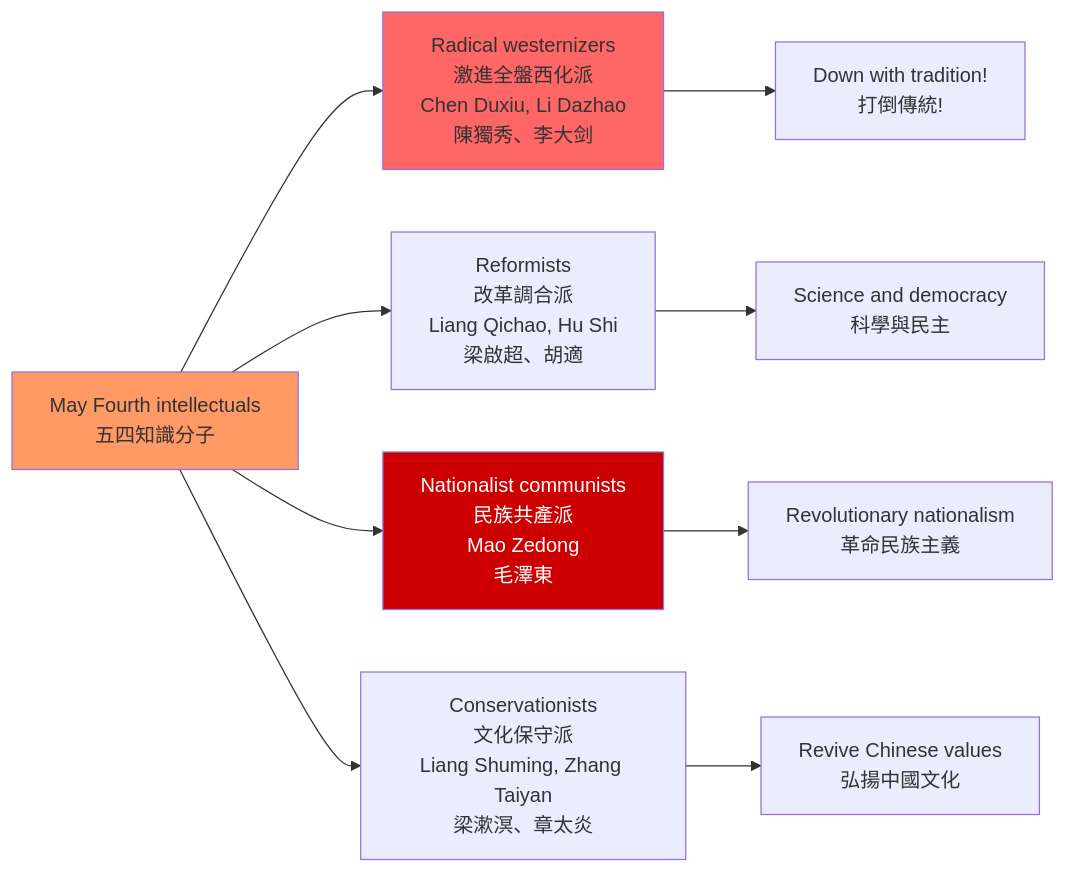
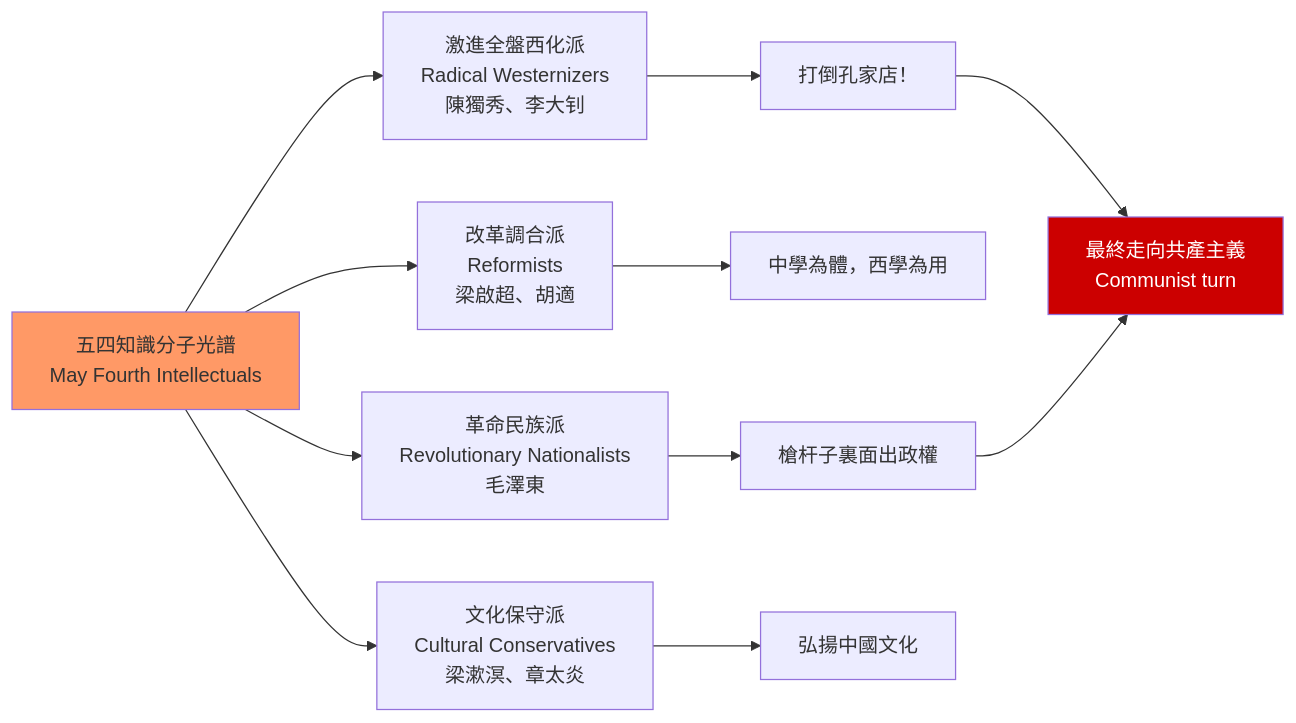
One commit to yip-lgtm/HKU-Harvard-History-Self-Study changed the first of 5 diagrams in 01_HKU_Courses/HIST2068_Intellectual_History_Twentieth_Century_China.md. Above: the diagram before and after it, drawn with Mermaid. The commit also changed other lines of this file and 22 other files, not shown here.

````diff
--- a/01_HKU_Courses/HIST2068_Intellectual_History_Twentieth_Century_China.md
+++ b/01_HKU_Courses/HIST2068_Intellectual_History_Twentieth_Century_China.md
@@ -71,16 +330,18 @@
 ```mermaid
 graph LR
-    A[May Fourth intellectuals<br/>五四知識分子] --> B[Radical westernizers<br/>激進全盤西化派<br/>Chen Duxiu, Li Dazhao<br/>陳獨秀、李大剑]
-    A --> C[Reformists<br/>改革調合派<br/>Liang Qichao, Hu Shi<br/>梁啟超、胡適]
-    A --> D[Nationalist communists<br/>民族共產派<br/>Mao Zedong<br/>毛澤東]
-    A --> E[Conservationists<br/>文化保守派<br/>Liang Shuming, Zhang Taiyan<br/>梁漱溟、章太炎]
+    A[五四知識分子光譜<br/>May Fourth Intellectuals] --> B[激進全盤西化派<br/>Radical Westernizers<br/>陳獨秀、李大钊]
+    A --> C[改革調合派<br/>Reformists<br/>梁啟超、胡適]
+    A --> D[革命民族派<br/>Revolutionary Nationalists<br/>毛澤東]
+    A --> E[文化保守派<br/>Cultural Conservatives<br/>梁漱溟、章太炎]
     
-    B --> B1[Down with tradition!<br/>打倒傳統!]
-    C --> C1[Science and democracy<br/>科學與民主]
-    D --> D1[Revolutionary nationalism<br/>革命民族主義]
-    E --> E1[Revive Chinese values<br/>弘揚中國文化]
+    B --> B1["打倒孔家店！"]
+    C --> C1["中學為體，西學為用"]
+    D --> D1["槍杆子裏面出政權"]
+    E --> E1["弘揚中國文化"]
+    
+    B1 --> F[最終走向共產主義<br/>Communist turn]
+    D1 --> F
     
     style A fill:#f96
-    style B fill:#f66
-    style D fill:#c00,color:#fff
+    style F fill:#c00,color:#fff
 ```
````
